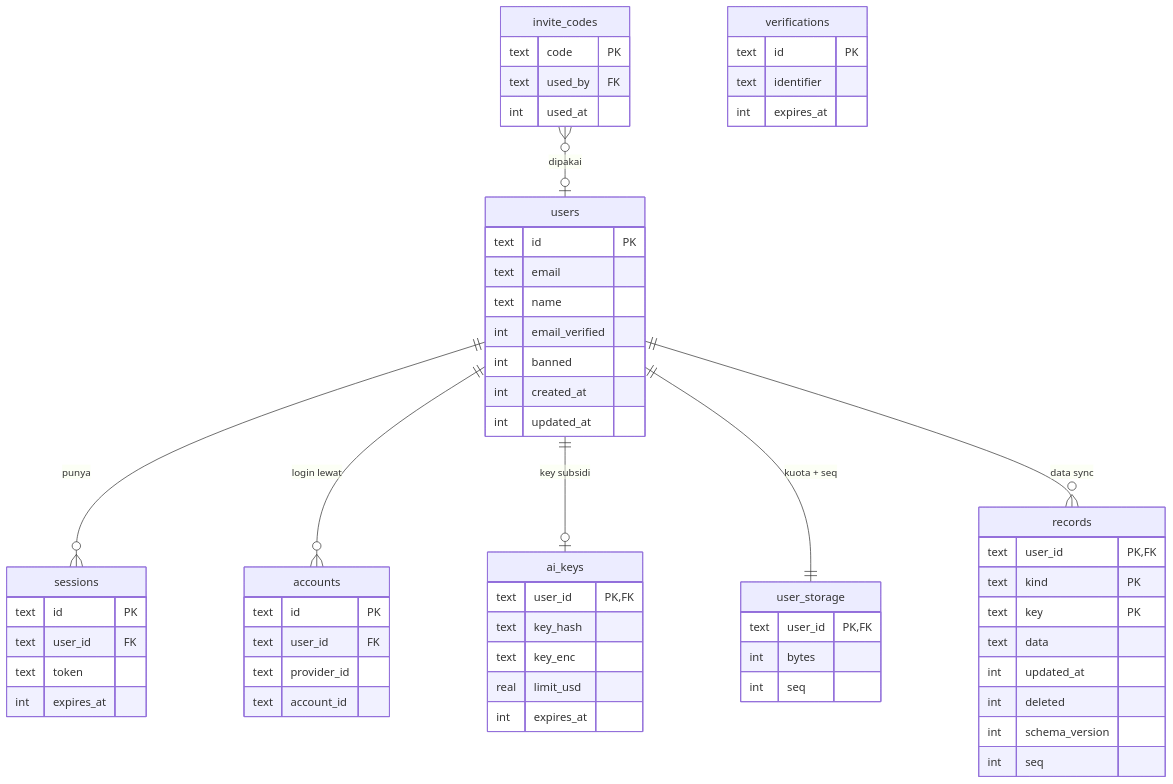
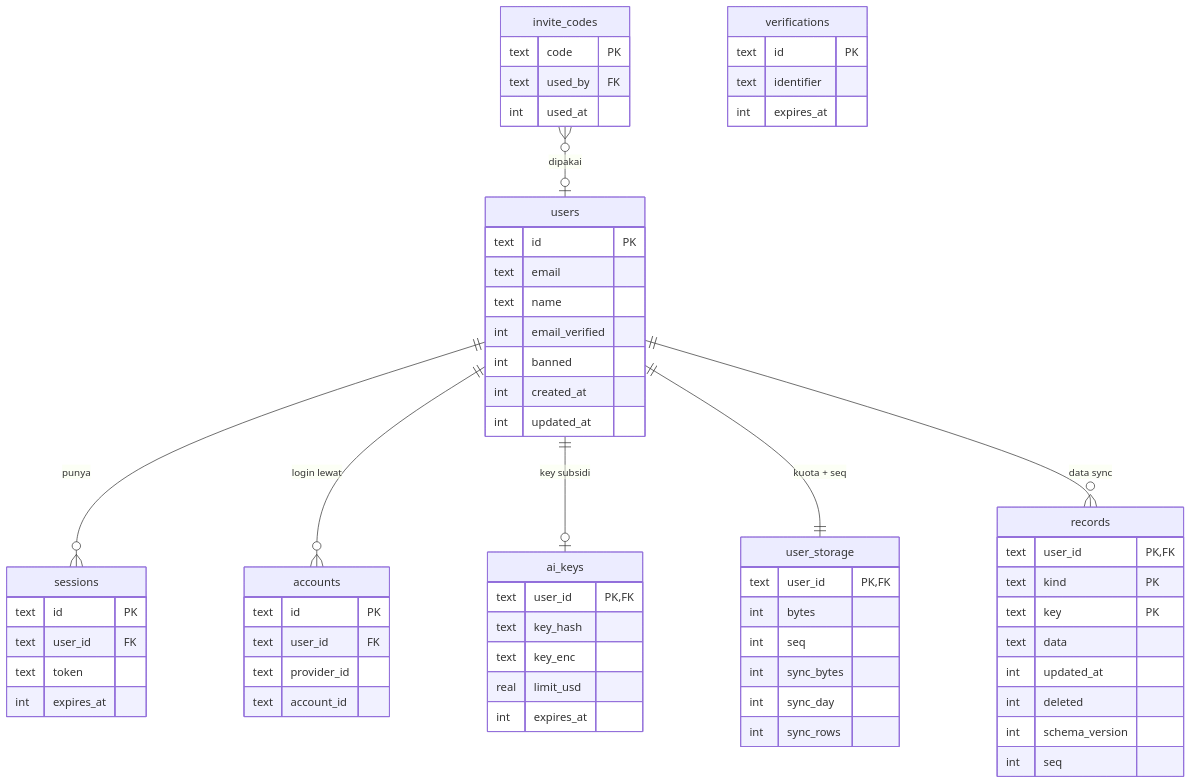
Before and after one commit to choiruladamm/luma: the eighth of 9 diagrams in docs/backend.md, drawn with Mermaid. The commit also changed other lines of this file and 27 other files, not shown here.

````diff
--- a/docs/backend.md
+++ b/docs/backend.md
@@ -526,62 +527,65 @@
 ```mermaid
 erDiagram
   users ||--o{ sessions : punya
   users ||--o{ accounts : "login lewat"
   users ||--o| ai_keys : "key subsidi"
   users ||--|| user_storage : "kuota + seq"
   users ||--o{ records : "data sync"
   invite_codes }o--o| users : dipakai
   users {
     text id PK
     text email
     text name
     int email_verified
     int banned
     int created_at
     int updated_at
   }
   sessions {
     text id PK
     text user_id FK
     text token
     int expires_at
   }
   accounts {
     text id PK
     text user_id FK
     text provider_id
     text account_id
   }
   verifications {
     text id PK
     text identifier
     int expires_at
   }
   invite_codes {
     text code PK
     text used_by FK
     int used_at
   }
   ai_keys {
     text user_id PK, FK
     text key_hash
     text key_enc
     real limit_usd
     int expires_at
   }
   user_storage {
     text user_id PK, FK
     int bytes
     int seq
+    int sync_bytes
+    int sync_day
+    int sync_rows
   }
   records {
     text user_id PK, FK
     text kind PK
     text key PK
     text data
     int updated_at
     int deleted
     int schema_version
     int seq
   }
 ```
````
